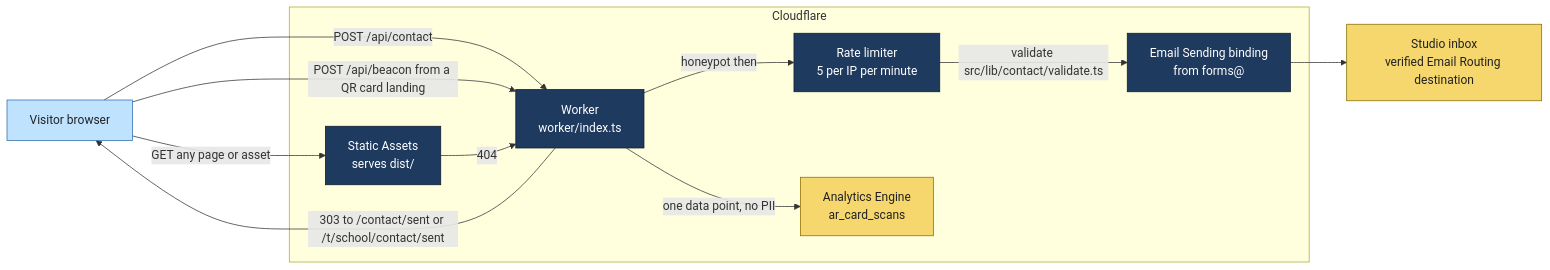
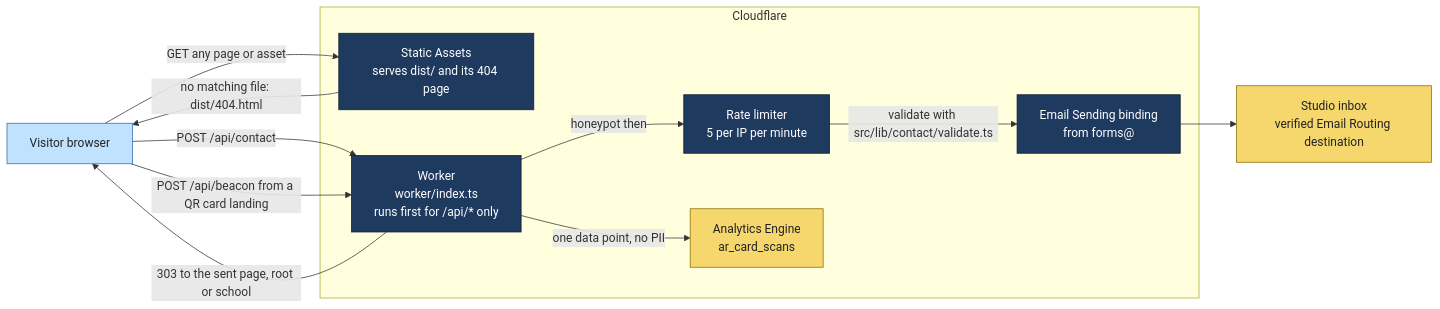
One commit to BirchDesignLab/birchdesignlab changed the first of 7 diagrams in README.md. Above: the diagram before and after it, drawn with Mermaid. The commit also changed other lines of this file and 4 other files, not shown here.

````diff
--- a/README.md
+++ b/README.md
@@ -45,26 +48,26 @@
 ```mermaid
 flowchart LR
     classDef store fill:#f5d76e,stroke:#8a6d00,color:#222
     classDef cloud fill:#1f3a5f,stroke:#0d1b2e,color:#fff
     classDef you fill:#bfe3ff,stroke:#2b6cb0,color:#222
 
-    V[Visitor browser]:::you
-    subgraph CF[Cloudflare]
-        SA[Static Assets<br/>serves dist/]:::cloud
-        W[Worker<br/>worker/index.ts]:::cloud
-        RL[Rate limiter<br/>5 per IP per minute]:::cloud
-        EM[Email Sending binding<br/>from forms@]:::cloud
-        AE[Analytics Engine<br/>ar_card_scans]:::store
+    V["Visitor browser"]:::you
+    subgraph CF["Cloudflare"]
+        SA["Static Assets<br/>serves dist/ and its 404 page"]:::cloud
+        W["Worker<br/>worker/index.ts<br/>runs first for /api/* only"]:::cloud
+        RL["Rate limiter<br/>5 per IP per minute"]:::cloud
+        EM["Email Sending binding<br/>from forms@"]:::cloud
+        AE["Analytics Engine<br/>ar_card_scans"]:::store
     end
-    INBOX[Studio inbox<br/>verified Email Routing destination]:::store
+    INBOX["Studio inbox<br/>verified Email Routing destination"]:::store
 
-    V -->|GET any page or asset| SA
-    V -->|POST /api/contact| W
-    V -->|POST /api/beacon from a QR card landing| W
-    W -->|honeypot then| RL
-    RL -->|validate src/lib/contact/validate.ts| EM
+    V -->|"GET any page or asset"| SA
+    SA -->|"no matching file: dist/404.html"| V
+    V -->|"POST /api/contact"| W
+    V -->|"POST /api/beacon from a QR card landing"| W
+    W -->|"honeypot then"| RL
+    RL -->|"validate with src/lib/contact/validate.ts"| EM
     EM --> INBOX
-    W -->|303 to /contact/sent or /t/school/contact/sent| V
-    W -->|one data point, no PII| AE
-    SA -->|404| W
+    W -->|"303 to the sent page, root or school"| V
+    W -->|"one data point, no PII"| AE
 ```
````
